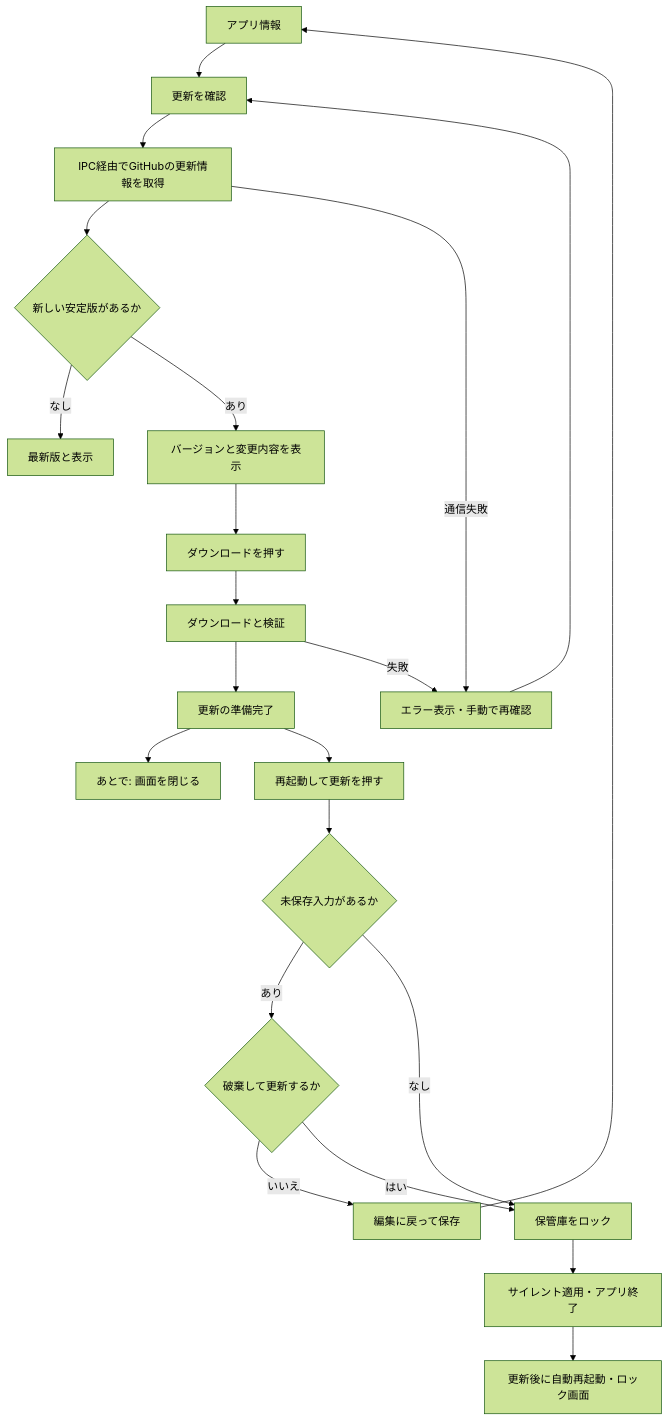
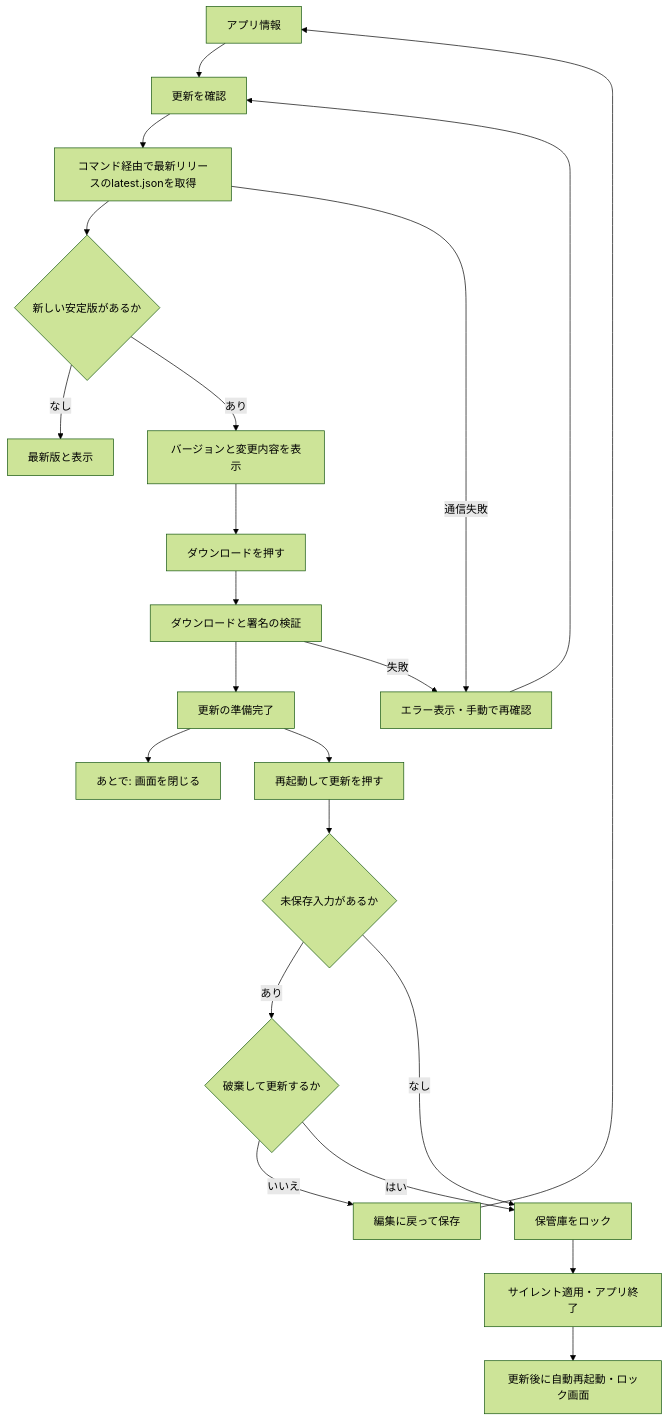
The diagram in docs/ワークフロー/04-手動更新.md (Termnix-IT/CIPHER-VAULT), drawn with Mermaid (forest theme) before and after one commit. The commit also changed 158 other files, not shown here.

````diff
--- a/docs/ワークフロー/04-手動更新.md
+++ b/docs/ワークフロー/04-手動更新.md
@@ -5,24 +5,24 @@
 ```mermaid
 flowchart TD
     info[アプリ情報] --> check[更新を確認]
-    check --> request[IPC経由でGitHubの更新情報を取得]
+    check --> request[コマンド経由で最新リリースのlatest.jsonを取得]
     request --> result{新しい安定版があるか}
     result -- なし --> current[最新版と表示]
     result -- あり --> available[バージョンと変更内容を表示]
     available --> download[ダウンロードを押す]
-    download --> verify[ダウンロードと検証]
+    download --> verify[ダウンロードと署名の検証]
     verify --> ready[更新の準備完了]
     ready --> later[あとで: 画面を閉じる]
     ready --> install[再起動して更新を押す]
     install --> dirty{未保存入力があるか}
     dirty -- あり --> confirm{破棄して更新するか}
     confirm -- いいえ --> edit[編集に戻って保存]
     edit --> info
     confirm -- はい --> lock[保管庫をロック]
     dirty -- なし --> lock
     lock --> installer[サイレント適用・アプリ終了]
     installer --> restart[更新後に自動再起動・ロック画面]
     request -- 通信失敗 --> error[エラー表示・手動で再確認]
     verify -- 失敗 --> error
     error --> check
 ```
````
